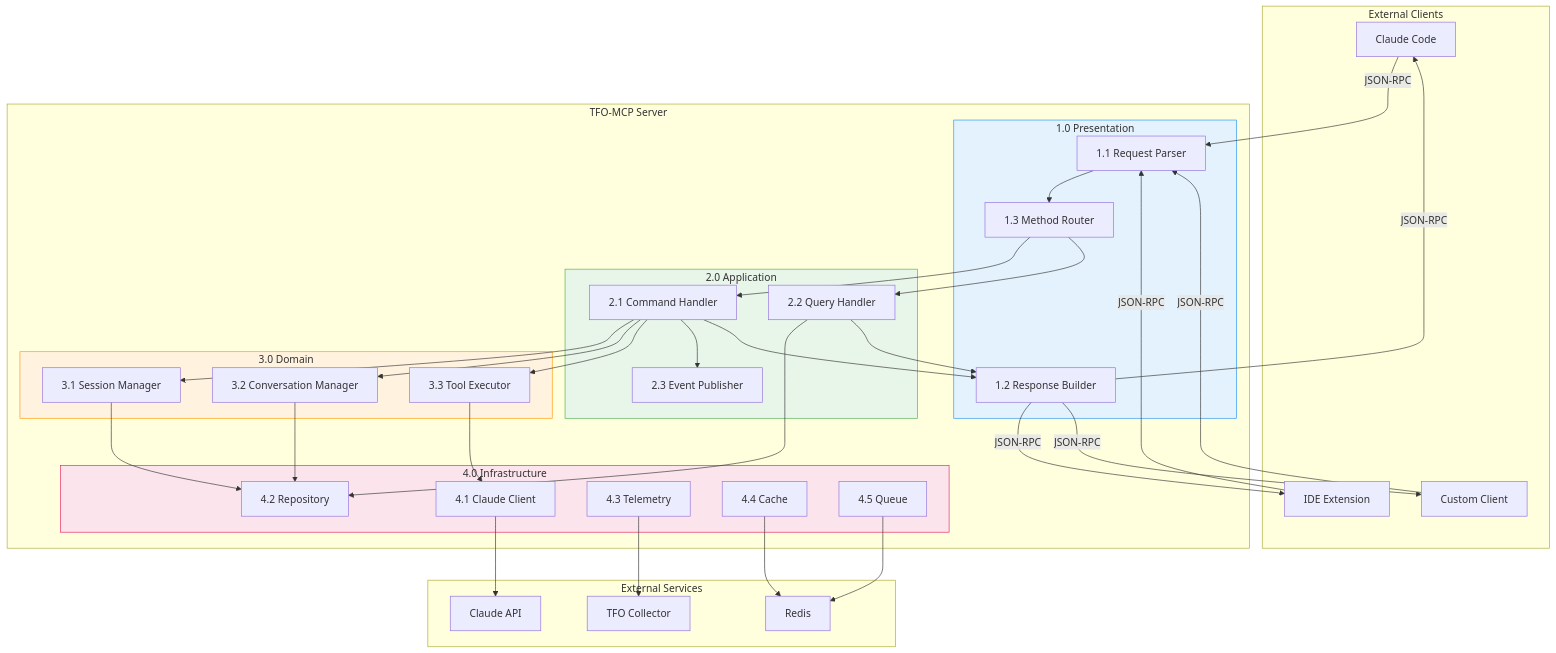
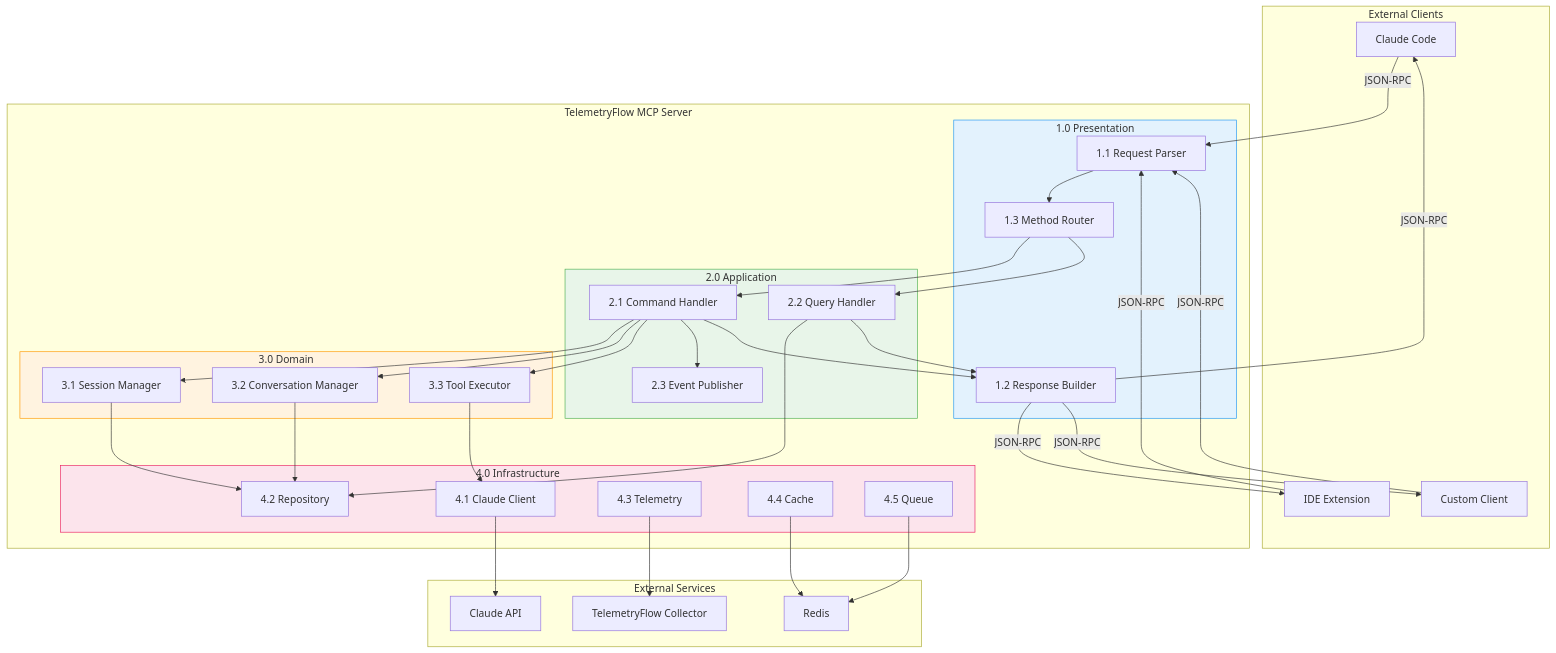
The third of 15 diagrams in docs/DFD.md (telemetryflow/telemetryflow-go-mcp), drawn with Mermaid before and after one commit. The commit also changed other lines of this file and 65 other files, not shown here.

````diff
--- a/docs/DFD.md
+++ b/docs/DFD.md
@@ -70,61 +70,61 @@
 ```mermaid
 flowchart TB
     subgraph Clients["External Clients"]
         C1["Claude Code"]
         C2["IDE Extension"]
         C3["Custom Client"]
     end
 
-    subgraph TFO_MCP["TFO-MCP Server"]
+    subgraph TFO_MCP["TelemetryFlow MCP Server"]
         subgraph Presentation["1.0 Presentation"]
             P1["1.1 Request Parser"]
             P2["1.2 Response Builder"]
             P3["1.3 Method Router"]
         end
 
         subgraph Application["2.0 Application"]
             A1["2.1 Command Handler"]
             A2["2.2 Query Handler"]
             A3["2.3 Event Publisher"]
         end
 
         subgraph Domain["3.0 Domain"]
             D1["3.1 Session Manager"]
             D2["3.2 Conversation Manager"]
             D3["3.3 Tool Executor"]
         end
 
         subgraph Infrastructure["4.0 Infrastructure"]
             I1["4.1 Claude Client"]
             I2["4.2 Repository"]
             I3["4.3 Telemetry"]
             I4["4.4 Cache"]
             I5["4.5 Queue"]
         end
     end
 
     subgraph External["External Services"]
         CLAUDE["Claude API"]
-        OTLP["TFO Collector"]
+        OTLP["TelemetryFlow Collector"]
         REDIS["Redis"]
     end
 
     C1 & C2 & C3 -->|"JSON-RPC"| P1
     P1 --> P3
     P3 --> A1 & A2
     A1 --> D1 & D2 & D3
     A2 --> I2
     D3 --> I1
     I1 --> CLAUDE
     I3 --> OTLP
     I4 & I5 --> REDIS
     A1 --> A3
     D1 & D2 --> I2
     A1 & A2 --> P2
     P2 -->|"JSON-RPC"| C1 & C2 & C3
 
     style Presentation fill:#e3f2fd,stroke:#2196f3
     style Application fill:#e8f5e9,stroke:#4caf50
     style Domain fill:#fff3e0,stroke:#ff9800
     style Infrastructure fill:#fce4ec,stroke:#e91e63
 ```
````
